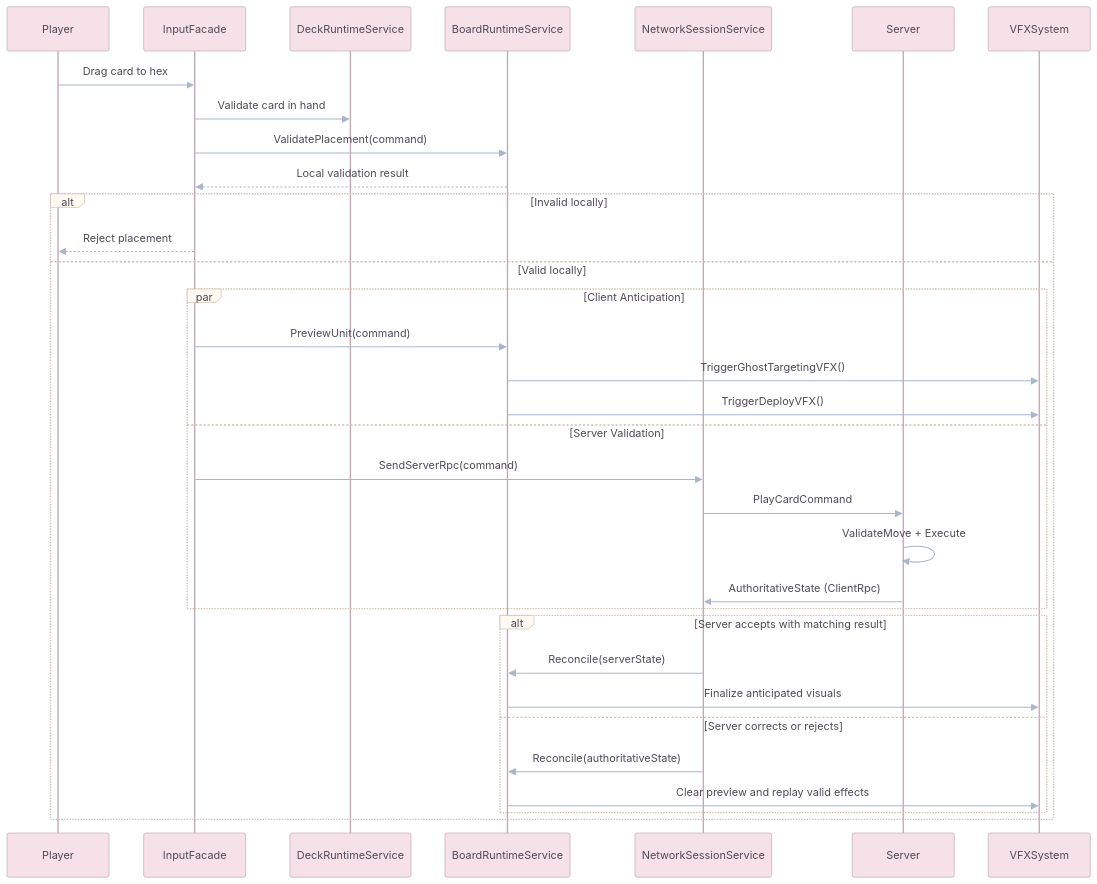
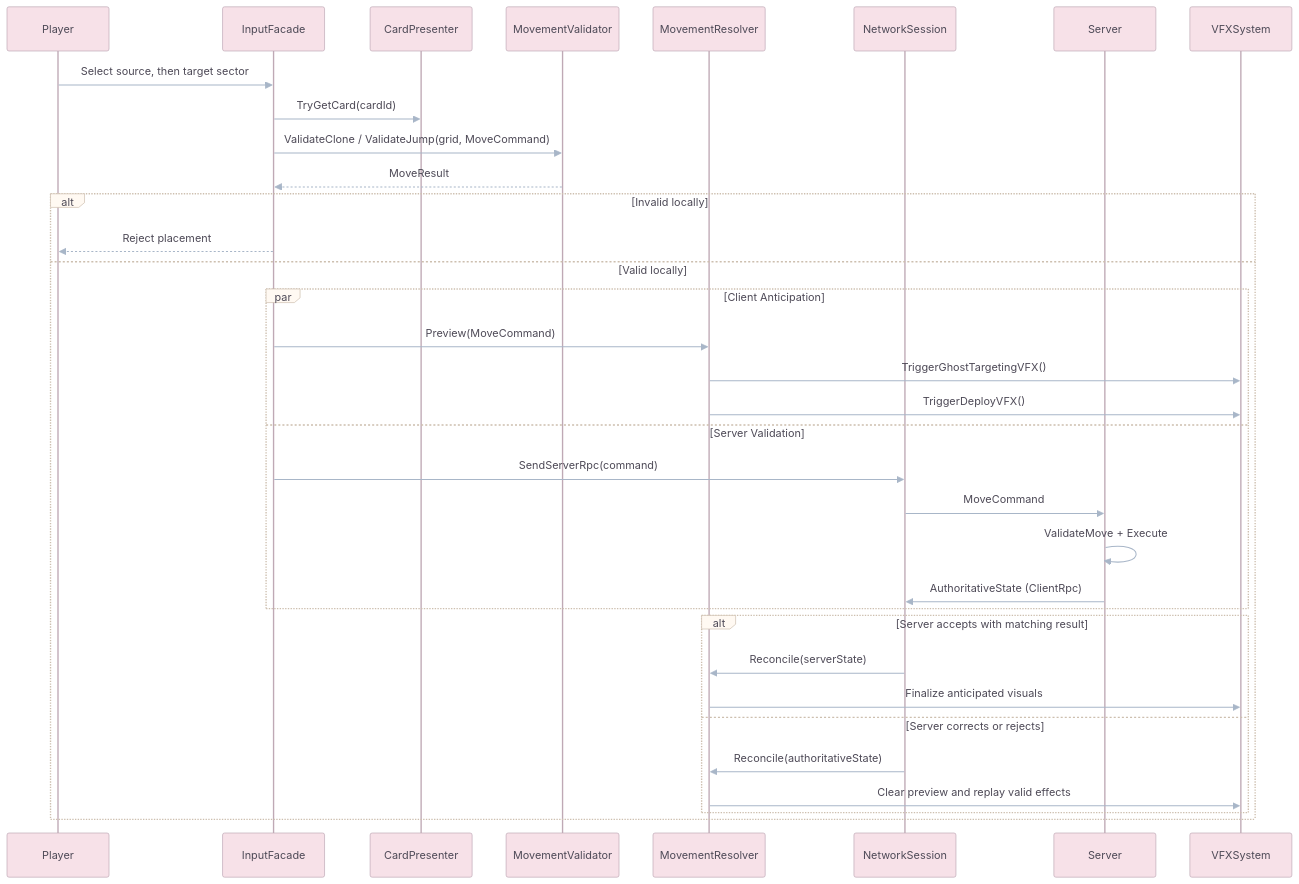
The third of 6 diagrams in .docs/GDD/08_Technical_Architecture_and_Multiplayer.md (unknown-studios-code/goo-galaxy), drawn with Mermaid before and after one commit. The commit also changed other lines of this file and 54 other files, not shown here.

First line of the commit message:
feat(cards): finish mvp roster and reconcile board rules with the gdd (#26)

````diff
--- a/.docs/GDD/08_Technical_Architecture_and_Multiplayer.md
+++ b/.docs/GDD/08_Technical_Architecture_and_Multiplayer.md
@@ -207,39 +246,40 @@
 ```mermaid
 %%{init: {"theme":"base","themeVariables":{"primaryColor":"#F7E1E8","secondaryColor":"#DCEBF7","tertiaryColor":"#E4F3E1","primaryBorderColor":"#BFA9B5","lineColor":"#A8B6C8","primaryTextColor":"#4E4A57","clusterBkg":"#FAF5EA","clusterBorder":"#CDBFAF","edgeLabelBackground":"#FFF9F2","noteBkgColor":"#F7F1FA","noteTextColor":"#4E4A57","taskBkgColor":"#DCEBF7","taskTextColor":"#4E4A57","taskTextOutsideColor":"#4E4A57","sectionBkgColor":"#E4F3E1","sectionBorderColor":"#BCD0B9","gridColor":"#E8DDD3","todayLineColor":"#C7A7B5","actorBkg":"#F7E1E8","actorBorder":"#BFA9B5","actorTextColor":"#4E4A57","signalColor":"#A8B6C8","signalTextColor":"#4E4A57","labelBoxBkgColor":"#FFF9F2","labelBoxBorderColor":"#CDBFAF","labelTextColor":"#4E4A57"}}}%%
 sequenceDiagram
     participant Player
     participant InputFacade
-    participant DeckRuntimeService
-    participant BoardRuntimeService
-    participant NetworkSessionService
+    participant CardPresenter
+    participant MovementValidator
+    participant MovementResolver
+    participant NetworkSession
     participant Server
     participant VFXSystem
 
-    Player->>InputFacade: Drag card to hex
-    InputFacade->>DeckRuntimeService: Validate card in hand
-    InputFacade->>BoardRuntimeService: ValidatePlacement(command)
-    BoardRuntimeService-->>InputFacade: Local validation result
+    Player->>InputFacade: Select source, then target sector
+    InputFacade->>CardPresenter: TryGetCard(cardId)
+    InputFacade->>MovementValidator: ValidateClone / ValidateJump(grid, MoveCommand)
+    MovementValidator-->>InputFacade: MoveResult
 
     alt Invalid locally
         InputFacade-->>Player: Reject placement
     else Valid locally
         par Client Anticipation
-            InputFacade->>BoardRuntimeService: PreviewUnit(command)
-            BoardRuntimeService->>VFXSystem: TriggerGhostTargetingVFX()
-            BoardRuntimeService->>VFXSystem: TriggerDeployVFX()
+            InputFacade->>MovementResolver: Preview(MoveCommand)
+            MovementResolver->>VFXSystem: TriggerGhostTargetingVFX()
+            MovementResolver->>VFXSystem: TriggerDeployVFX()
         and Server Validation
-            InputFacade->>NetworkSessionService: SendServerRpc(command)
-            NetworkSessionService->>Server: PlayCardCommand
+            InputFacade->>NetworkSession: SendServerRpc(command)
+            NetworkSession->>Server: MoveCommand
             Server->>Server: ValidateMove + Execute
-            Server->>NetworkSessionService: AuthoritativeState (ClientRpc)
+            Server->>NetworkSession: AuthoritativeState (ClientRpc)
         end
 
         alt Server accepts with matching result
-            NetworkSessionService->>BoardRuntimeService: Reconcile(serverState)
-            BoardRuntimeService->>VFXSystem: Finalize anticipated visuals
+            NetworkSession->>MovementResolver: Reconcile(serverState)
+            MovementResolver->>VFXSystem: Finalize anticipated visuals
         else Server corrects or rejects
-            NetworkSessionService->>BoardRuntimeService: Reconcile(authoritativeState)
-            BoardRuntimeService->>VFXSystem: Clear preview and replay valid effects
+            NetworkSession->>MovementResolver: Reconcile(authoritativeState)
+            MovementResolver->>VFXSystem: Clear preview and replay valid effects
         end
     end
 ```
````
